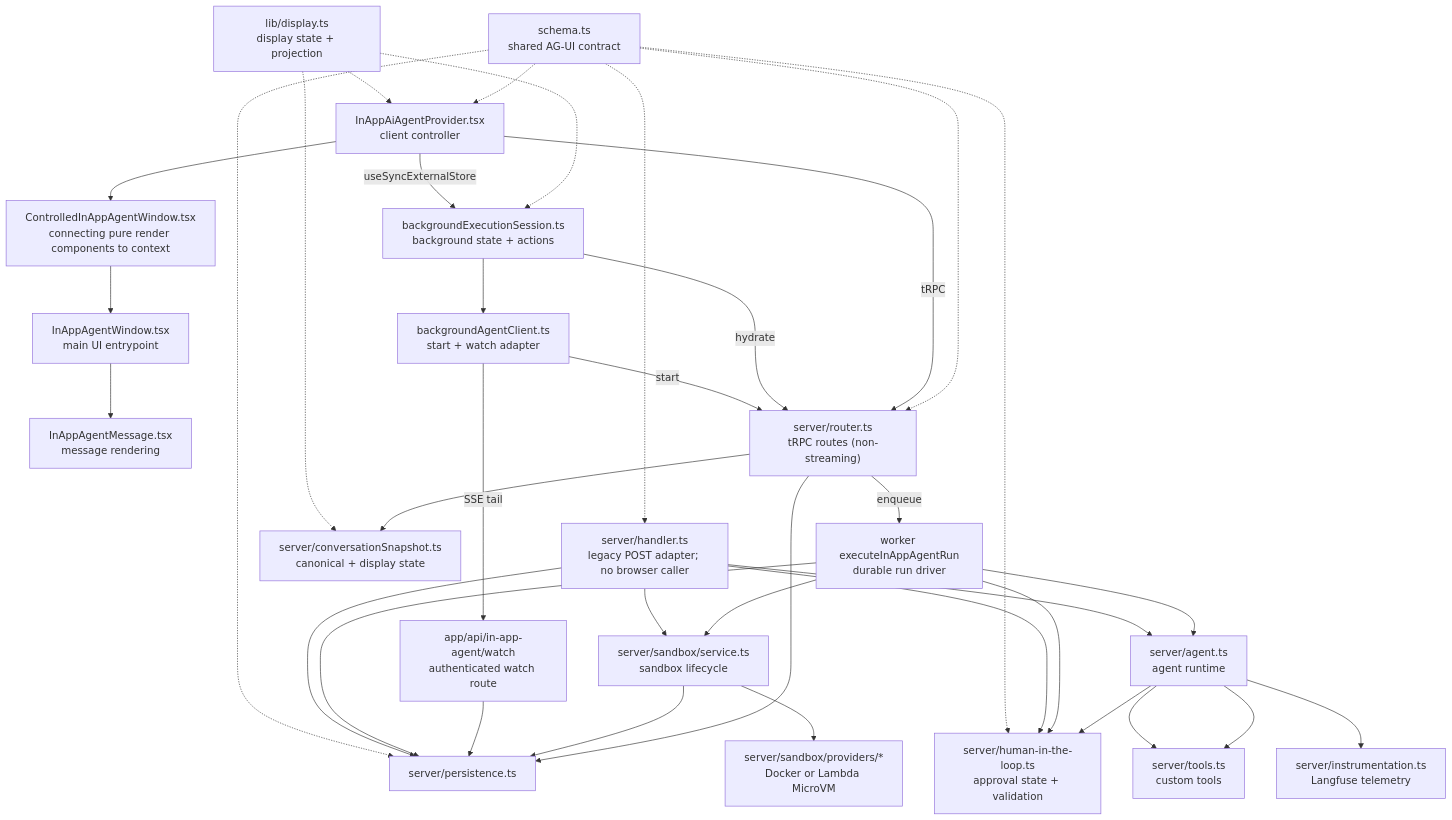
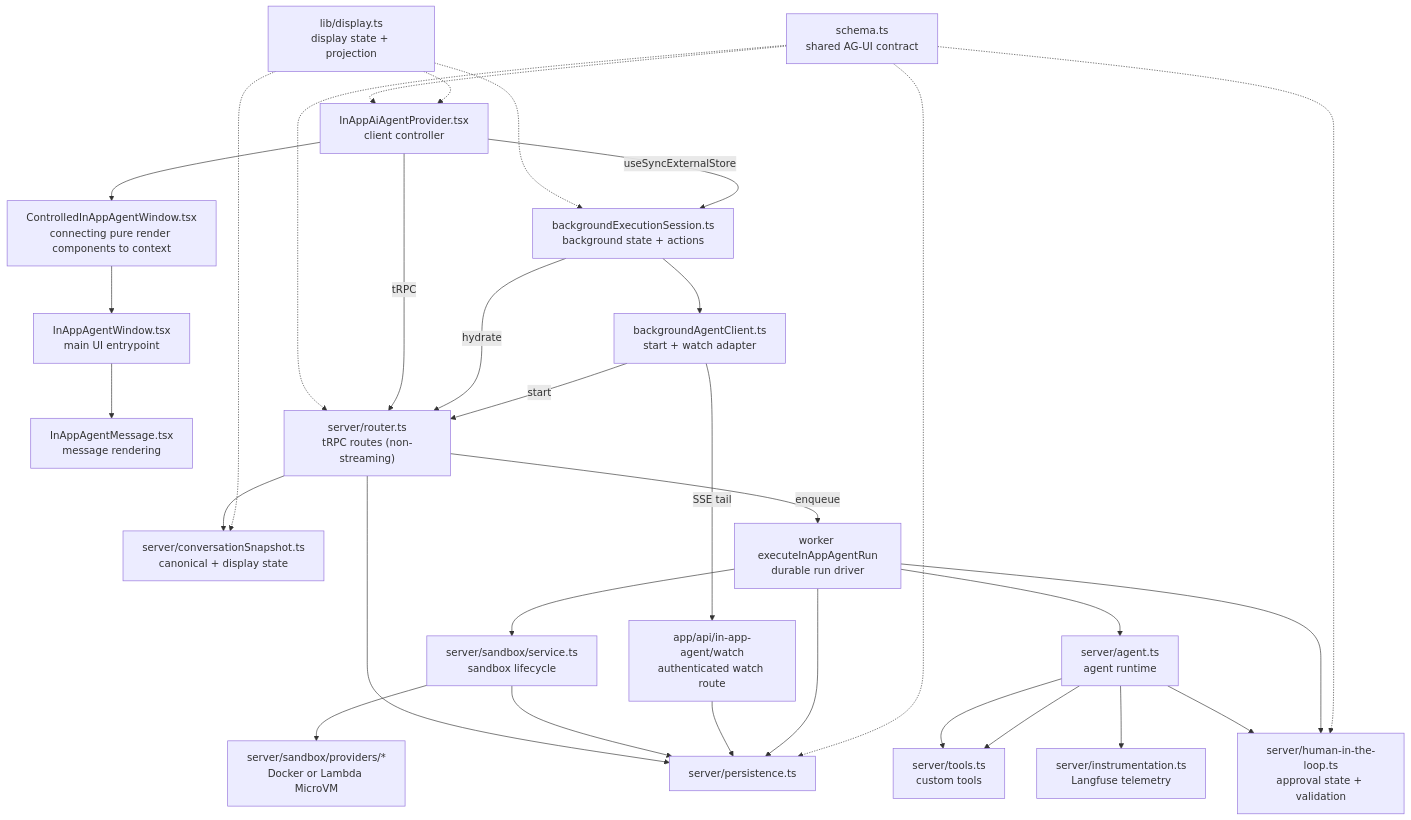
One commit to langfuse/langfuse changed the diagram in web/src/features/in-app-agent/README.md. Above: the diagram before and after it, drawn with Mermaid. The commit also changed other lines of this file and 19 other files, not shown here.

Commit message:
refactor(in-app-agent): remove foreground server adapter

````diff
--- a/web/src/features/in-app-agent/README.md
+++ b/web/src/features/in-app-agent/README.md
@@ -58,43 +62,37 @@
 ```mermaid
 flowchart TB
   Provider["InAppAiAgentProvider.tsx\nclient controller"]
   Provider --> Controlled["ControlledInAppAgentWindow.tsx\nconnecting pure render components to context"]
   Controlled --> Window["InAppAgentWindow.tsx\nmain UI entrypoint"]
   Window --> Message["InAppAgentMessage.tsx\nmessage rendering"]
 
-  Handler["server/handler.ts\nlegacy POST adapter; no browser caller"]
   Provider -->|useSyncExternalStore| Session["backgroundExecutionSession.ts\nbackground state + actions"]
   Session --> BackgroundClient["backgroundAgentClient.ts\nstart + watch adapter"]
   Display["lib/display.ts\ndisplay state + projection"] -.-> Provider
   Display -.-> Session
   Display -.-> Snapshot["server/conversationSnapshot.ts\ncanonical + display state"]
   Router --> Snapshot
   BackgroundClient -->|start| Router
   Session -->|hydrate| Router
   BackgroundClient -->|SSE tail| Watch["app/api/in-app-agent/watch\nauthenticated watch route"]
   Provider -->|tRPC| Router["server/router.ts\ntRPC routes (non-streaming)"]
 
   Schema["schema.ts\nshared AG-UI contract"] -.-> Provider
-  Schema -.-> Handler
   Schema -.-> HumanLoop["server/human-in-the-loop.ts\napproval state + validation"]
   Schema -.-> Router
   Schema -.-> Persistence["server/persistence.ts"]
 
-  Handler --> Persistence
-  Handler --> Sandbox["server/sandbox/service.ts\nsandbox lifecycle"]
-  Handler --> Agent["server/agent.ts\nagent runtime"]
-  Handler --> HumanLoop
   Router -->|enqueue| Worker["worker executeInAppAgentRun\ndurable run driver"]
   Worker --> Persistence
-  Worker --> Sandbox
-  Worker --> Agent
+  Worker --> Sandbox["server/sandbox/service.ts\nsandbox lifecycle"]
+  Worker --> Agent["server/agent.ts\nagent runtime"]
   Worker --> HumanLoop
   Watch --> Persistence
   Sandbox --> Persistence
   Sandbox --> Providers["server/sandbox/providers/*\nDocker or Lambda MicroVM"]
   Agent --> HumanLoop
   Agent --> Tools["server/tools.ts\ncustom tools"]
   Agent --> Tools
   Agent --> Instrumentation["server/instrumentation.ts\nLangfuse telemetry"]
   Router --> Persistence
 ```
````
